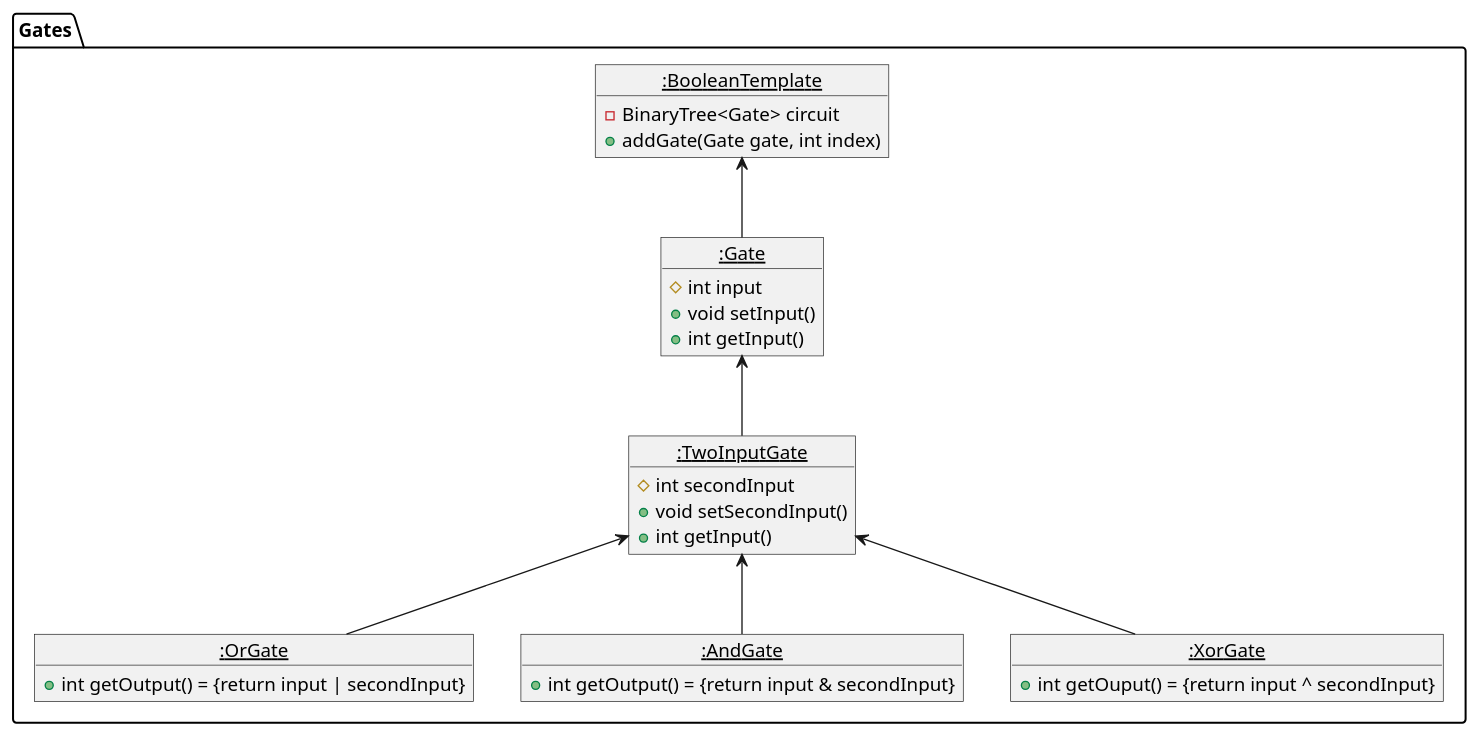
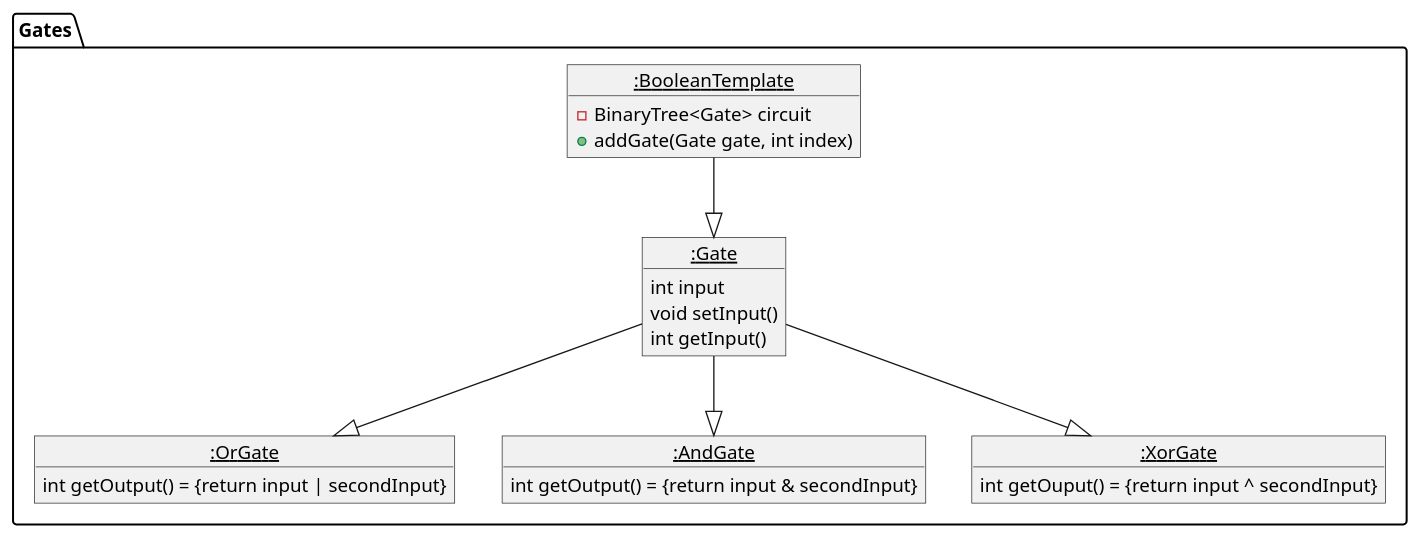
One commit to sevenseasofbri/tp changed the diagram in docs/diagrams/AddBooleanCommandObjectDiagram.puml. Above: the diagram before and after it, drawn with PlantUML. The commit also changed 11 other files, not shown here.

Commit message:
Changes to object, class, and sequence diagrams

```diff
--- a/docs/diagrams/AddBooleanCommandObjectDiagram.puml
+++ b/docs/diagrams/AddBooleanCommandObjectDiagram.puml
@@ -1,42 +1,34 @@
 @startuml
 package Gates {
     object "__:BooleanTemplate__" as State1
     object "__:OrGate__" as State2
     object "__:AndGate__" as State3
     object “__:XorGate__" as State4
     object “__:Gate__" as State5
-    object “__:TwoInputGate__" as State6
+
 }
 object State1 {
     - BinaryTree<Gate> circuit
     + addGate(Gate gate, int index)
 }
 object State2 {
-    + int getOutput() = {return input | secondInput}
+    int getOutput() = {return input | secondInput}
 }
 object State3 {
-    + int getOutput() = {return input & secondInput}
+   int getOutput() = {return input & secondInput}
 }
 object State4 {
-    + int getOuput() = {return input ^ secondInput}
+   int getOuput() = {return input ^ secondInput}
 }
 
 object State5 {
-   # int input
-   + void setInput()
-   + int getInput()
+   int input
+   void setInput()
+   int getInput()
 }
 
-object State6 {
-   # int secondInput
-   + void setSecondInput()
-   + int getInput()
-}
-
-
-State1 <-- State5
-State5 <-- State6
-State6 <-- State3
-State6 <-- State4
-State6 <-- State2
+State1 --|> State5
+State5 --|> State3
+State5 --|> State4
+State5 --|> State2
 @enduml
```
